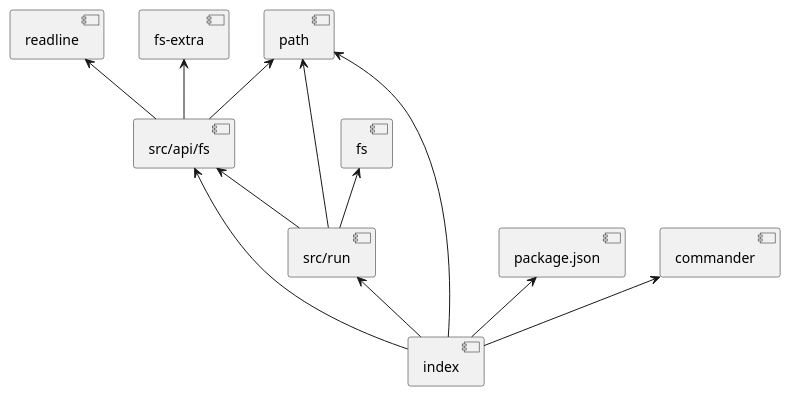
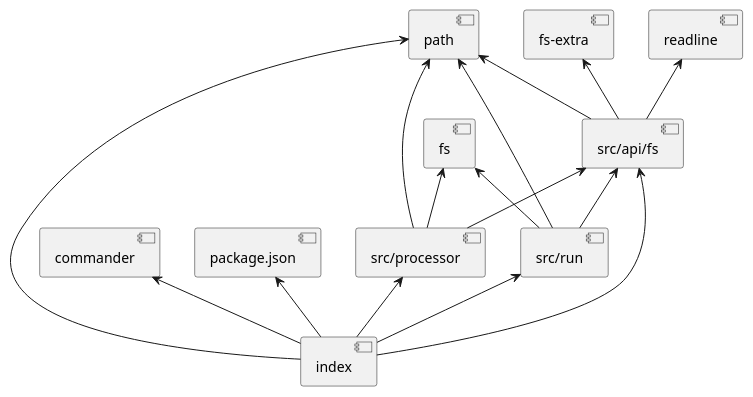
The diagram in structure.md (ljquan/gen-structure), drawn with PlantUML before and after one commit. The commit also changed other lines of this file and 5 other files, not shown here.

````diff
--- a/structure.md
+++ b/structure.md
@@ -3,25 +3,19 @@
 ```plantuml
 @startuml
 [index] -up-> [src/run]
-
 [src/run] -up-> [src/api/fs]
-
 [src/api/fs] -up-> [fs-extra]
-
+[index] -up-> [src/processor]
+[src/processor] -up-> [src/api/fs]
 [index] -up-> [src/api/fs]
-
+[src/processor] -up-> [fs]
+[index] -up-> [package.json]
 [index] -up-> [commander]
-
 [index] -up-> [path]
-
-[index] -up-> [package.json]
-
+[src/processor] -up-> [path]
 [src/run] -up-> [fs]
-
 [src/run] -up-> [path]
-
 [src/api/fs] -up-> [path]
-
 [src/api/fs] -up-> [readline]
 @enduml
 ```
````
